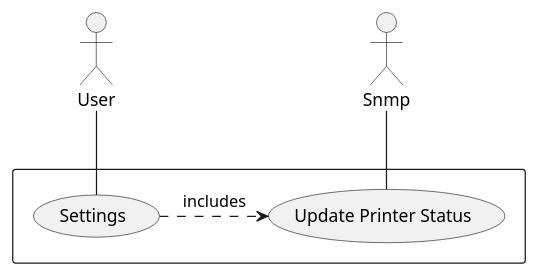
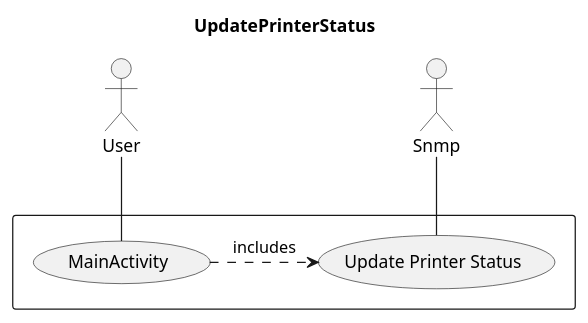
One commit to phillipjf/SNMPrint changed the diagram in app/UML/UseCases/UpdatePrinterStatus.puml. Above: the diagram before and after it, drawn with PlantUML. The commit also changed 6 other files, not shown here.

```diff
--- a/app/UML/UseCases/UpdatePrinterStatus.puml
+++ b/app/UML/UseCases/UpdatePrinterStatus.puml
@@ -1,11 +1,12 @@
 @startuml
+title UpdatePrinterStatus
 actor User
 actor Snmp
 
 rectangle {
-User -- (Settings)
+User -- (MainActivity)
 Snmp -- (Update Printer Status)
-(Settings) .> (Update Printer Status) : includes
+(MainActivity) .> (Update Printer Status) : includes
 }
 
 @enduml
```
